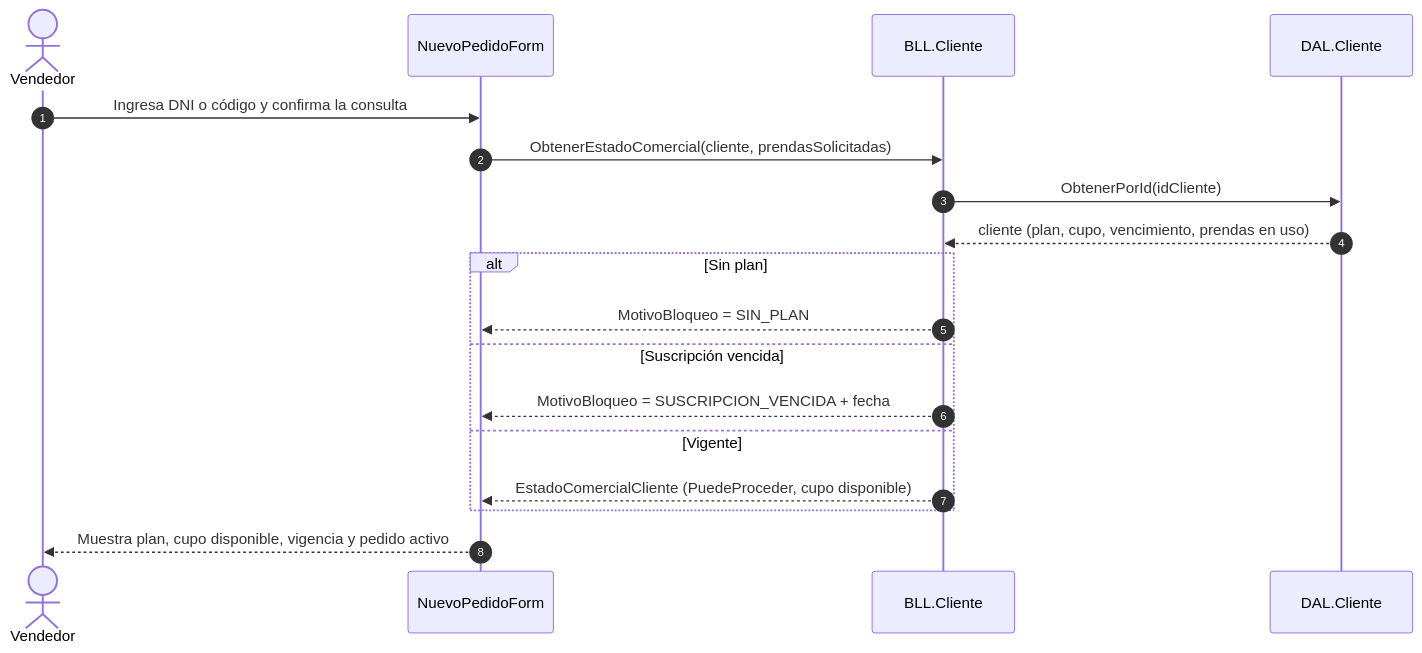
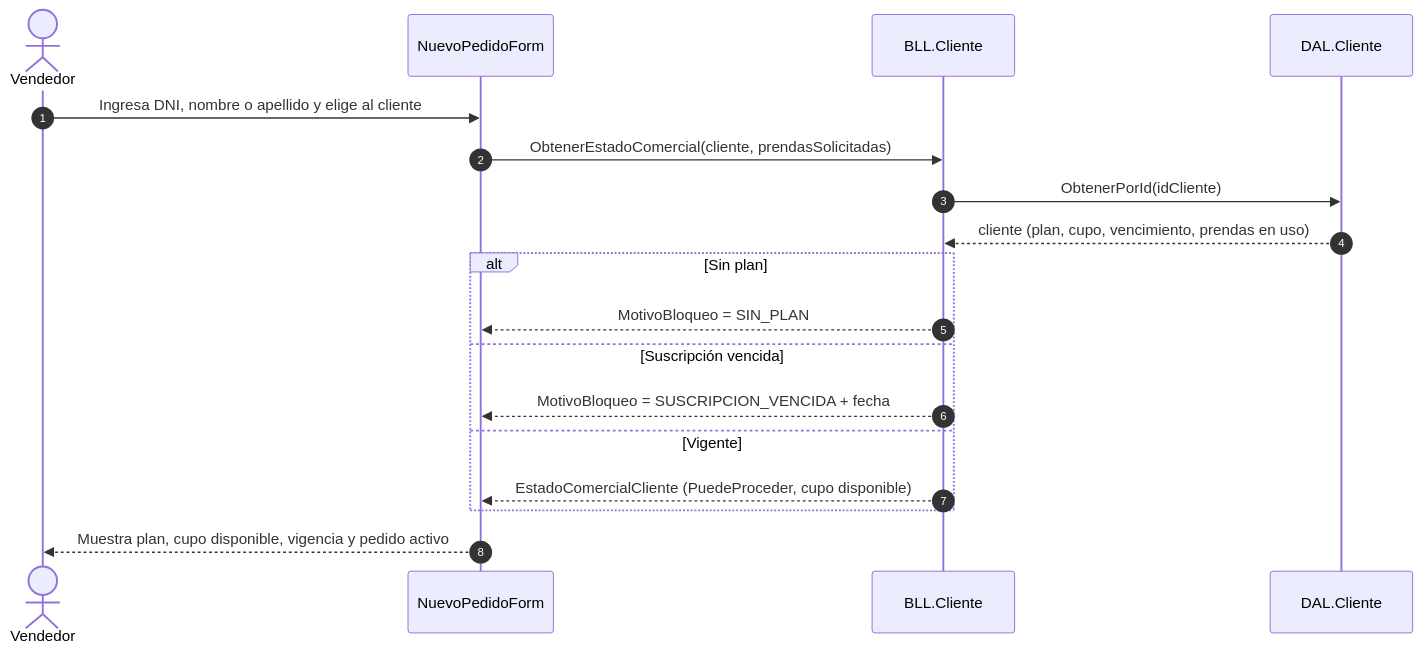
One commit to valentinamorana/Trabajo-de-Diploma changed the diagram in docs/diagramas/mermaid/DSS_PN01_CU03_ConsultarSituacionCliente.mmd. Above: the diagram before and after it, drawn with Mermaid. The commit also changed 88 other files, not shown here.

First line of the commit message:
PN01: el armado del pedido sigue el diagrama de actividad de EA

```diff
--- a/docs/diagramas/mermaid/DSS_PN01_CU03_ConsultarSituacionCliente.mmd
+++ b/docs/diagramas/mermaid/DSS_PN01_CU03_ConsultarSituacionCliente.mmd
@@ -1,18 +1,18 @@
 sequenceDiagram
   autonumber
   actor V as Vendedor
   participant F as NuevoPedidoForm
   participant B as BLL.Cliente
   participant D as DAL.Cliente
-  V->>F: Ingresa DNI o código y confirma la consulta
+  V->>F: Ingresa DNI, nombre o apellido y elige al cliente
   F->>B: ObtenerEstadoComercial(cliente, prendasSolicitadas)
   B->>D: ObtenerPorId(idCliente)
   D-->>B: cliente (plan, cupo, vencimiento, prendas en uso)
   alt Sin plan
     B-->>F: MotivoBloqueo = SIN_PLAN
   else Suscripción vencida
     B-->>F: MotivoBloqueo = SUSCRIPCION_VENCIDA + fecha
   else Vigente
     B-->>F: EstadoComercialCliente (PuedeProceder, cupo disponible)
   end
   F-->>V: Muestra plan, cupo disponible, vigencia y pedido activo
```
